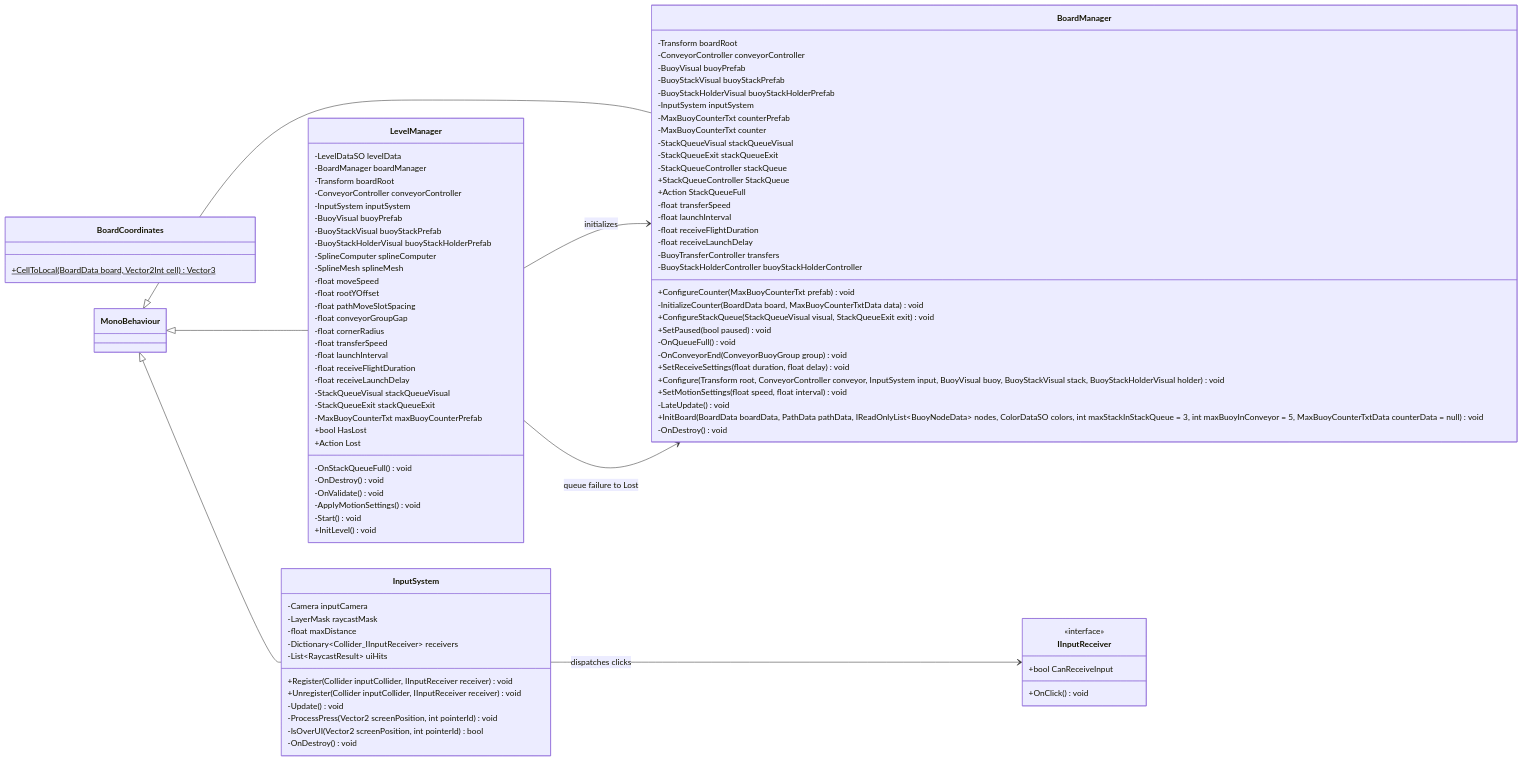
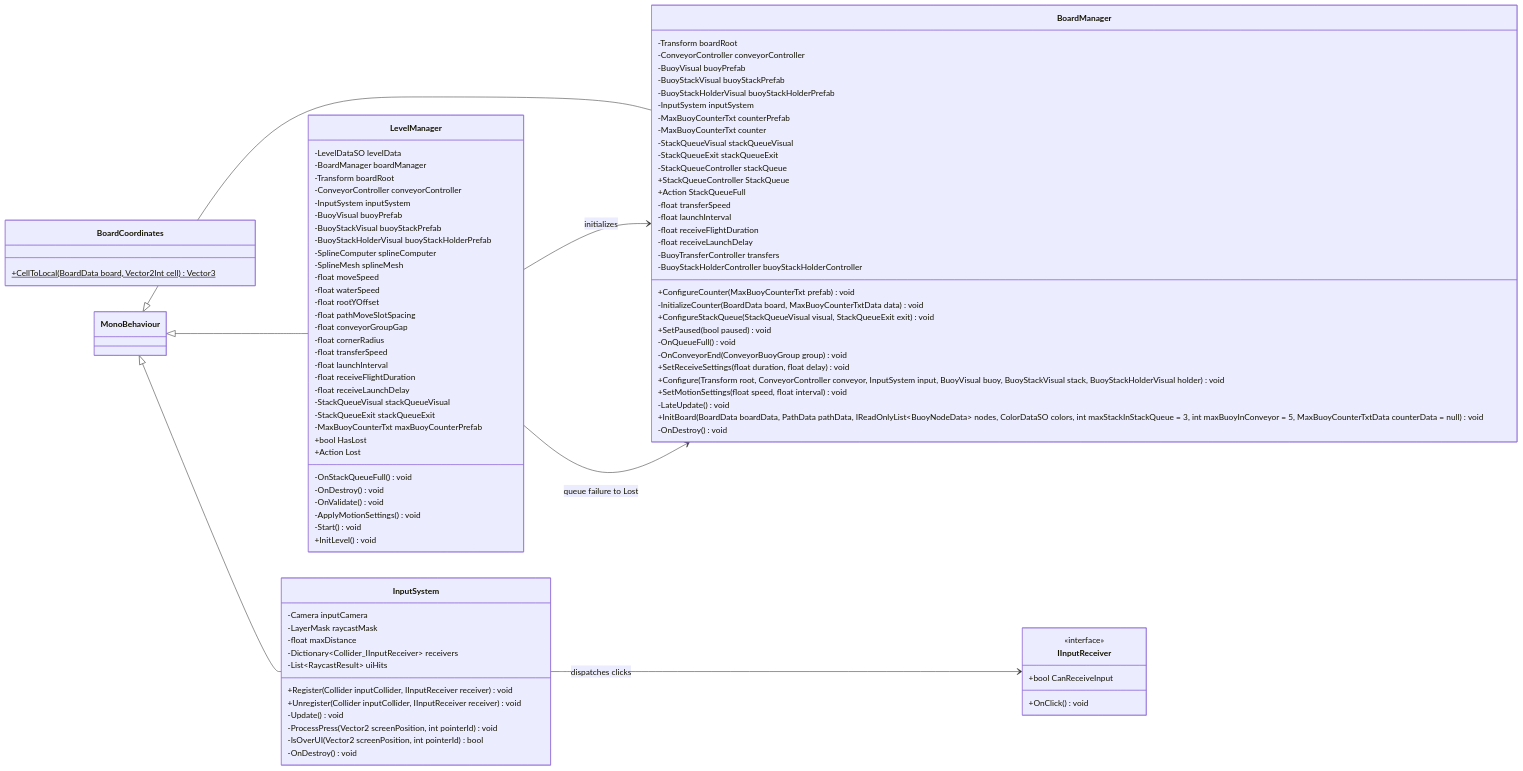
One commit to nchuoi2443/WaterConveyorSort changed the diagram in Docs/ClassDiagram-Board.mmd. Above: the diagram before and after it, drawn with Mermaid. The commit also changed 70 other files, not shown here.

```diff
--- a/Docs/ClassDiagram-Board.mmd
+++ b/Docs/ClassDiagram-Board.mmd
@@ -1,94 +1,95 @@
 classDiagram
 direction LR
 class BoardCoordinates {
     +CellToLocal(BoardData board, Vector2Int cell) Vector3$
 }
 class BoardManager {
     -Transform boardRoot
     -ConveyorController conveyorController
     -BuoyVisual buoyPrefab
     -BuoyStackVisual buoyStackPrefab
     -BuoyStackHolderVisual buoyStackHolderPrefab
     -InputSystem inputSystem
     -MaxBuoyCounterTxt counterPrefab
     -MaxBuoyCounterTxt counter
     +ConfigureCounter(MaxBuoyCounterTxt prefab) void
     -InitializeCounter(BoardData board, MaxBuoyCounterTxtData data) void
     -StackQueueVisual stackQueueVisual
     -StackQueueExit stackQueueExit
     -StackQueueController stackQueue
     +StackQueueController StackQueue
     +Action StackQueueFull
     +ConfigureStackQueue(StackQueueVisual visual, StackQueueExit exit) void
     +SetPaused(bool paused) void
     -OnQueueFull() void
     -OnConveyorEnd(ConveyorBuoyGroup group) void
     -float transferSpeed
     -float launchInterval
     -float receiveFlightDuration
     -float receiveLaunchDelay
     +SetReceiveSettings(float duration, float delay) void
     +Configure(Transform root, ConveyorController conveyor, InputSystem input, BuoyVisual buoy, BuoyStackVisual stack, BuoyStackHolderVisual holder) void
     +SetMotionSettings(float speed, float interval) void
     -BuoyTransferController transfers
     -LateUpdate() void
     -BuoyStackHolderController buoyStackHolderController
     +InitBoard(BoardData boardData, PathData pathData, IReadOnlyList~BuoyNodeData~ nodes, ColorDataSO colors, int maxStackInStackQueue = 3, int maxBuoyInConveyor = 5, MaxBuoyCounterTxtData counterData = null) void
     -OnDestroy() void
 }
 MonoBehaviour <|-- BoardManager
 class IInputReceiver {
     <<interface>>
     +bool CanReceiveInput
     +OnClick() void
 }
 class InputSystem {
     -Camera inputCamera
     -LayerMask raycastMask
     -float maxDistance
     -Dictionary~Collider_IInputReceiver~ receivers
     -List~RaycastResult~ uiHits
     +Register(Collider inputCollider, IInputReceiver receiver) void
     +Unregister(Collider inputCollider, IInputReceiver receiver) void
     -Update() void
     -ProcessPress(Vector2 screenPosition, int pointerId) void
     -IsOverUI(Vector2 screenPosition, int pointerId) bool
     -OnDestroy() void
 }
 MonoBehaviour <|-- InputSystem
 class LevelManager {
     -LevelDataSO levelData
     -BoardManager boardManager
     -Transform boardRoot
     -ConveyorController conveyorController
     -InputSystem inputSystem
     -BuoyVisual buoyPrefab
     -BuoyStackVisual buoyStackPrefab
     -BuoyStackHolderVisual buoyStackHolderPrefab
     -SplineComputer splineComputer
     -SplineMesh splineMesh
     -float moveSpeed
+    -float waterSpeed
     -float rootYOffset
     -float pathMoveSlotSpacing
     -float conveyorGroupGap
     -float cornerRadius
     -float transferSpeed
     -float launchInterval
     -float receiveFlightDuration
     -float receiveLaunchDelay
     -StackQueueVisual stackQueueVisual
     -StackQueueExit stackQueueExit
     -MaxBuoyCounterTxt maxBuoyCounterPrefab
     +bool HasLost
     +Action Lost
     -OnStackQueueFull() void
     -OnDestroy() void
     -OnValidate() void
     -ApplyMotionSettings() void
     -Start() void
     +InitLevel() void
 }
 MonoBehaviour <|-- LevelManager
 LevelManager --> BoardManager : initializes
 LevelManager --> BoardManager : queue failure to Lost
 InputSystem --> IInputReceiver : dispatches clicks
```
